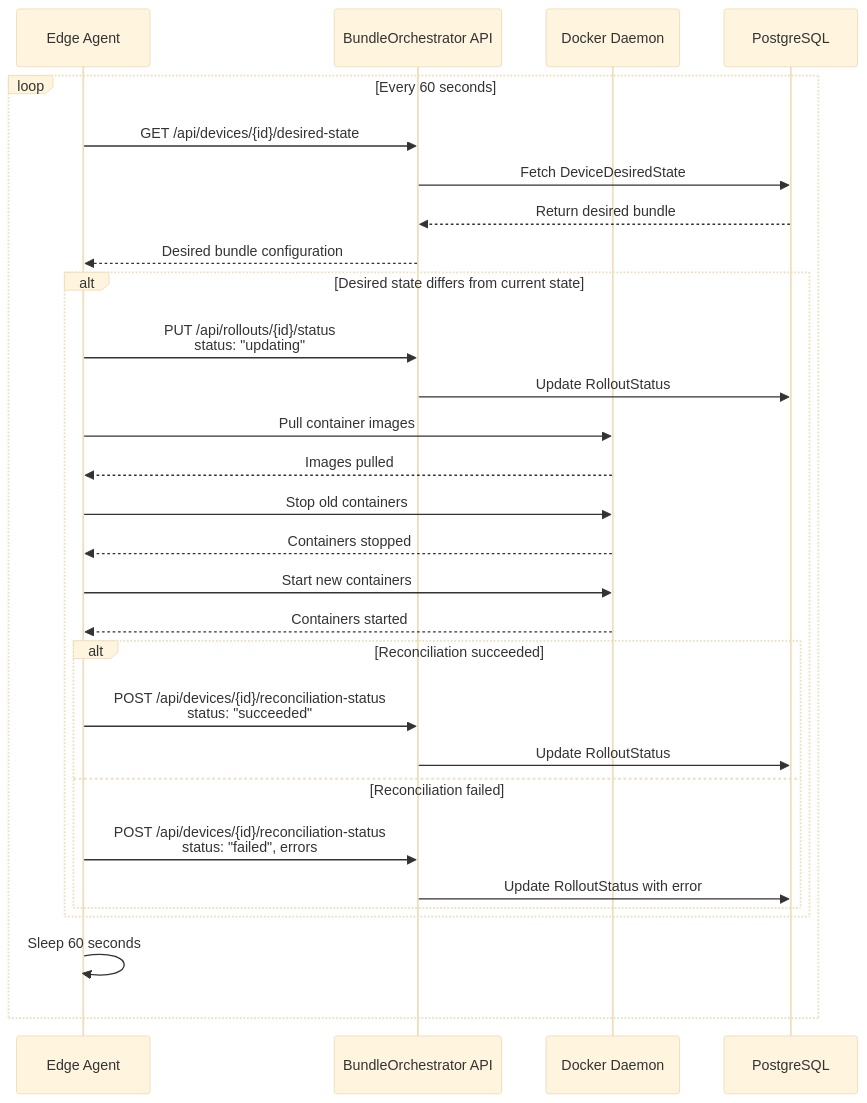
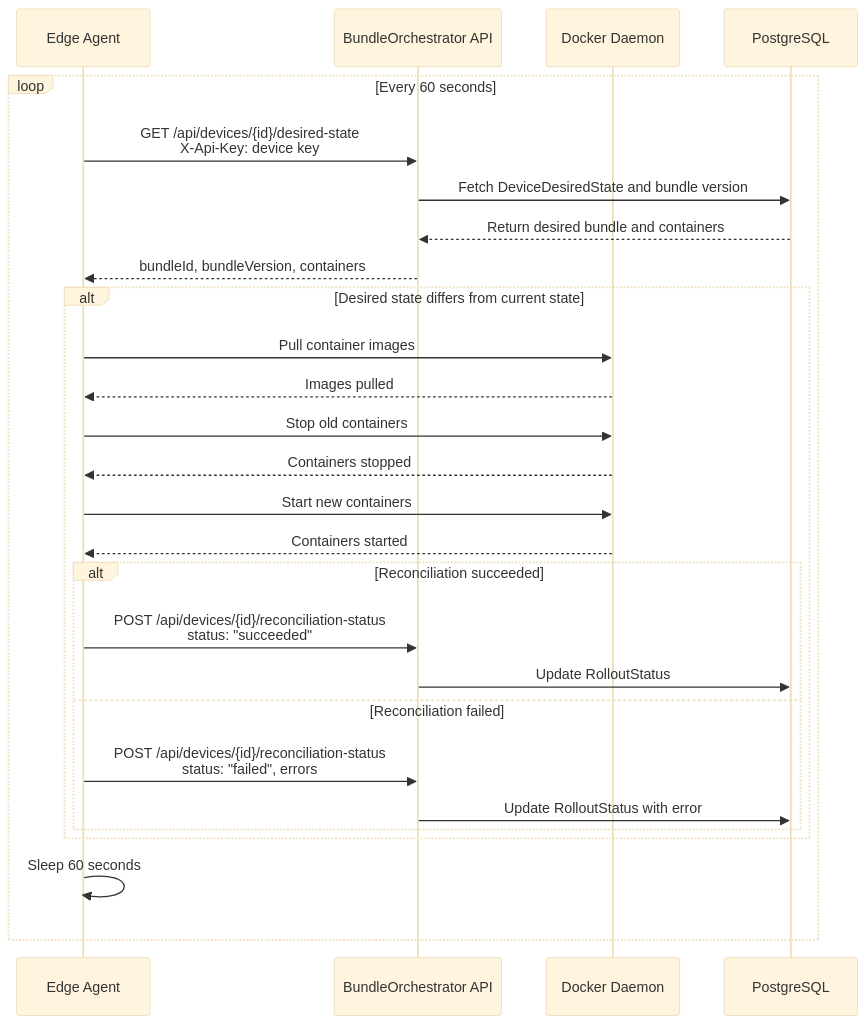
The sixth of 6 diagrams in docs/features/rollouts.md (signalbeam-io/signalbeam-edge), drawn with Mermaid (base theme) before and after one commit. The commit also changed other lines of this file and 44 other files, not shown here.

First line of the commit message:
authenticate devices in BundleOrchestrator device endpoints (#496)

````diff
--- a/docs/features/rollouts.md
+++ b/docs/features/rollouts.md
@@ -580,38 +580,35 @@
 ```mermaid
 sequenceDiagram
     participant Agent as Edge Agent
     participant API as BundleOrchestrator API
     participant Docker as Docker Daemon
     participant DB as PostgreSQL
 
     loop Every 60 seconds
-        Agent->>API: GET /api/devices/{id}/desired-state
-        API->>DB: Fetch DeviceDesiredState
-        DB-->>API: Return desired bundle
-        API-->>Agent: Desired bundle configuration
+        Agent->>API: GET /api/devices/{id}/desired-state<br/>X-Api-Key: device key
+        API->>DB: Fetch DeviceDesiredState and bundle version
+        DB-->>API: Return desired bundle and containers
+        API-->>Agent: bundleId, bundleVersion, containers
 
         alt Desired state differs from current state
-            Agent->>API: PUT /api/rollouts/{id}/status<br/>status: "updating"
-            API->>DB: Update RolloutStatus
-
             Agent->>Docker: Pull container images
             Docker-->>Agent: Images pulled
 
             Agent->>Docker: Stop old containers
             Docker-->>Agent: Containers stopped
 
             Agent->>Docker: Start new containers
             Docker-->>Agent: Containers started
 
             alt Reconciliation succeeded
                 Agent->>API: POST /api/devices/{id}/reconciliation-status<br/>status: "succeeded"
                 API->>DB: Update RolloutStatus
             else Reconciliation failed
                 Agent->>API: POST /api/devices/{id}/reconciliation-status<br/>status: "failed", errors
                 API->>DB: Update RolloutStatus with error
             end
         end
 
         Agent->>Agent: Sleep 60 seconds
     end
 ```
````
